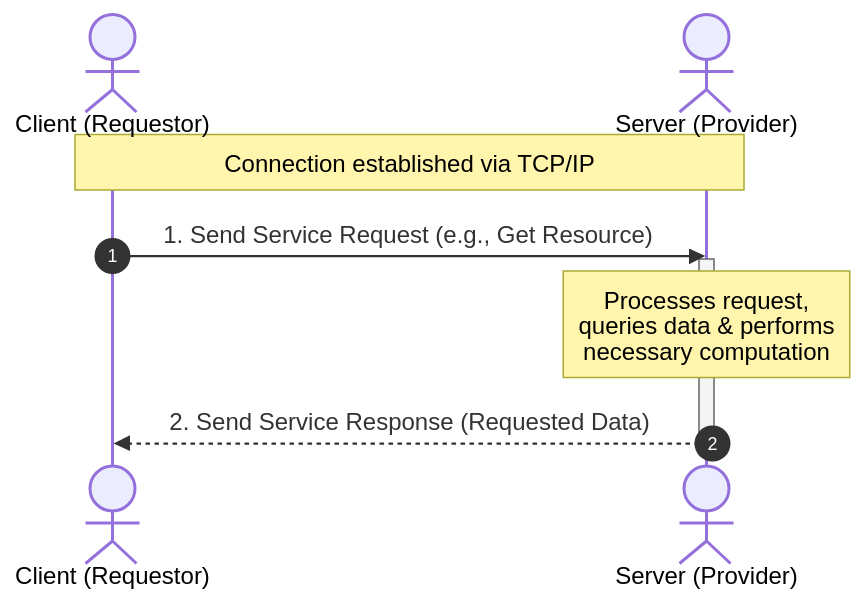
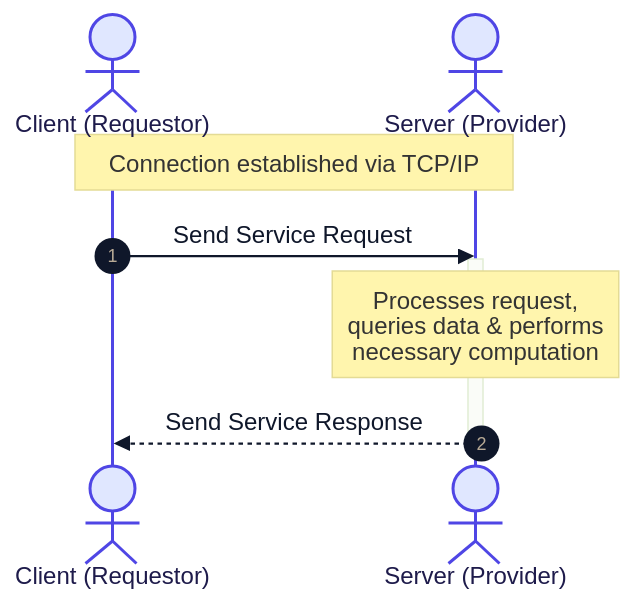
One commit to RameenAnwar/PDC-SP26-SE changed the second of 8 diagrams in SyedMuhammadHuzaifaAshrafi-(23FA-035-SE)/Chapter06/README.md. Above: the diagram before and after it, drawn with Mermaid. The commit also changed other lines of this file and 5 other files, not shown here.

````diff
--- a/SyedMuhammadHuzaifaAshrafi-(23FA-035-SE)/Chapter06/README.md
+++ b/SyedMuhammadHuzaifaAshrafi-(23FA-035-SE)/Chapter06/README.md
@@ -98,13 +99,14 @@
 ```mermaid
+%%{init: {'theme': 'base', 'themeVariables': { 'lineColor': '#475569', 'primaryColor': '#f8fafc', 'primaryTextColor': '#0f172a', 'primaryBorderColor': '#cbd5e1', 'actorBorder': '#4f46e5', 'actorBkg': '#e0e7ff', 'actorTextColor': '#1e1b4b' }}}%%
 sequenceDiagram
     autonumber
     actor Client as Client (Requestor)
     actor Server as Server (Provider)
     
     Note over Client,Server: Connection established via TCP/IP
-    Client->>Server: 1. Send Service Request (e.g., Get Resource)
+    Client->>Server: Send Service Request
     activate Server
     Note over Server: Processes request,<br/>queries data & performs<br/>necessary computation
-    Server-->>Client: 2. Send Service Response (Requested Data)
+    Server-->>Client: Send Service Response
     deactivate Server
 ```
````
